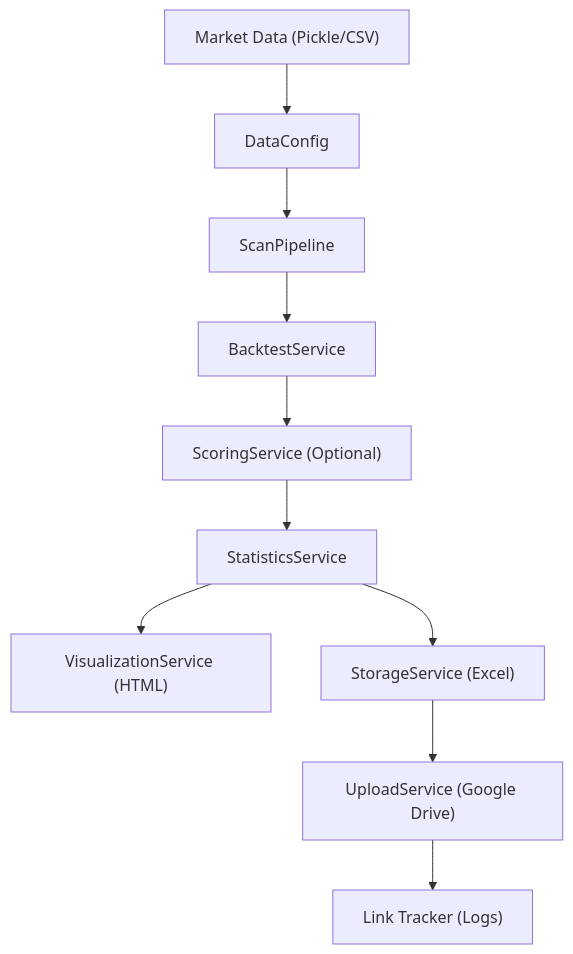
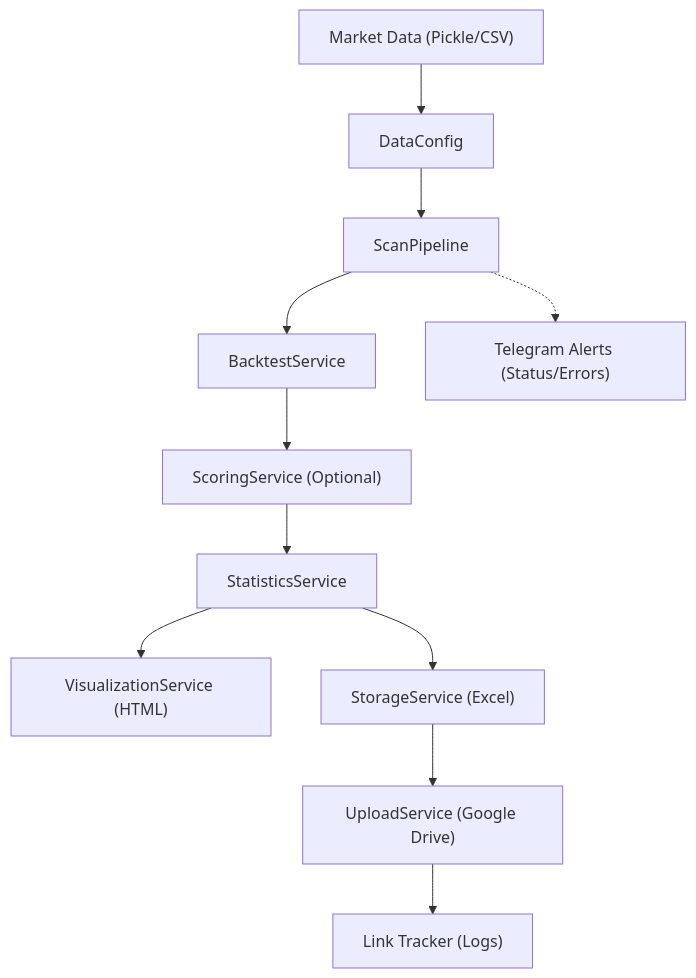
The first of 2 diagrams in README.md (Thanhnt15/GigaAlpha), drawn with Mermaid before and after one commit. The commit also changed other lines of this file and 3 other files, not shown here.

Commit message:
docs: simplify monitoring descriptions and update architectural diagrams

````diff
--- a/README.md
+++ b/README.md
@@ -17,16 +17,17 @@
 ```mermaid
 flowchart TD
     A["Market Data (Pickle/CSV)"] --> B["DataConfig"]
     B --> C["ScanPipeline"]
     
     C --> D["BacktestService"]
     D --> E["ScoringService (Optional)"]
     E --> F["StatisticsService"]
     
     F --> G["VisualizationService (HTML)"]
     F --> H["StorageService (Excel)"]
     
     H --> J["UploadService (Google Drive)"]
     
     J --> K["Link Tracker (Logs)"]
+    C -.-> L["Telegram Alerts (Status/Errors)"]
 ```
````
